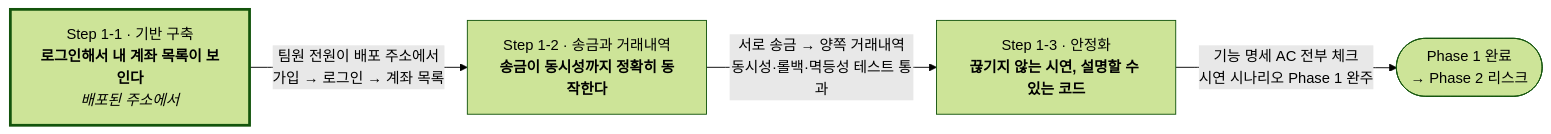
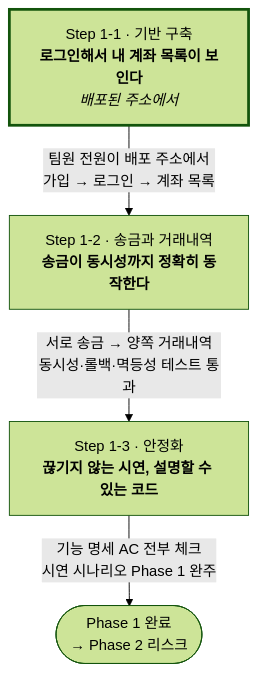
One commit to ShinhanDSProject/talking-bank changed the diagram in docs/domains/01-core.md. Above: the diagram before and after it, drawn with Mermaid (forest theme).

Commit message:
docs: 01-core Step 다이어그램을 세로(TB) 배치로

````diff
--- a/docs/domains/01-core.md
+++ b/docs/domains/01-core.md
@@ -205,13 +205,13 @@
 ```mermaid
-flowchart LR
+flowchart TB
     s1["Step 1-1 · 기반 구축<br/><b>로그인해서 내 계좌 목록이 보인다</b><br/><i>배포된 주소에서</i>"]
     s2["Step 1-2 · 송금과 거래내역<br/><b>송금이 동시성까지 정확히 동작한다</b>"]
     s3["Step 1-3 · 안정화<br/><b>끊기지 않는 시연, 설명할 수 있는 코드</b>"]
     done(["Phase 1 완료<br/>→ Phase 2 리스크"])
 
     s1 -- "팀원 전원이 배포 주소에서<br/>가입 → 로그인 → 계좌 목록" --> s2
     s2 -- "서로 송금 → 양쪽 거래내역<br/>동시성·롤백·멱등성 테스트 통과" --> s3
     s3 -- "기능 명세 AC 전부 체크<br/>시연 시나리오 Phase 1 완주" --> done
 
     style s1 stroke-width:3px
 ```
````
